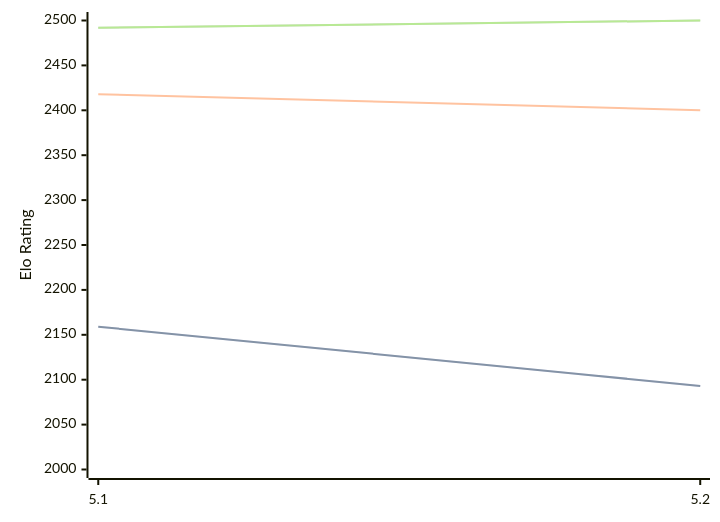
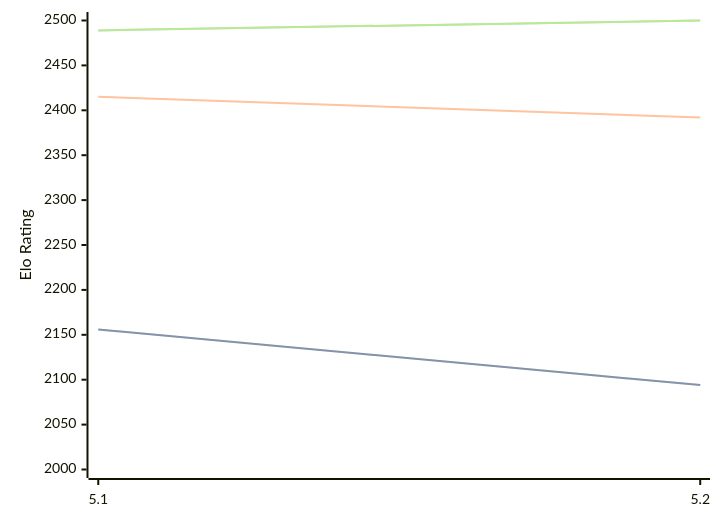
The diagram in engines/Prophet.md (computer-chess-index/cci), drawn with Mermaid before and after one commit. The commit also changed other lines of this file, not shown here.

Commit message:
Update CCI Ratings (ELO VLTC) - 2026-06-08

````diff
--- a/engines/Prophet.md
+++ b/engines/Prophet.md
@@ -38,11 +38,11 @@
 ```mermaid
 %%{init: {"theme":"base","themeVariables":{"seriesColors:['#a3a3a3','#222221','#faa371']}}}%%
 xychart-beta
   x-axis ["5.1", "5.2"]
   y-axis "Elo Rating" 2000 --> 2500
-  line "STC (8.0+0.08s)" [2159, 2093]
-  line "STC (8.0+0.08s)" [2159, 2093]
-  line "LTC (60.0+0.60s)" [2418, 2400]
-  line "VLTC (2m24s+1.12s)" [2492, 2500]
-  line "VLTC (2m24s+1.12s)" [2492, 2500]
+  line "STC (8.0+0.08s)" [2156, 2094]
+  line "STC (8.0+0.08s)" [2156, 2094]
+  line "LTC (60.0+0.60s)" [2415, 2392]
+  line "VLTC (2m24s+1.12s)" [2489, 2500]
+  line "VLTC (2m24s+1.12s)" [2489, 2500]
 ```
````
